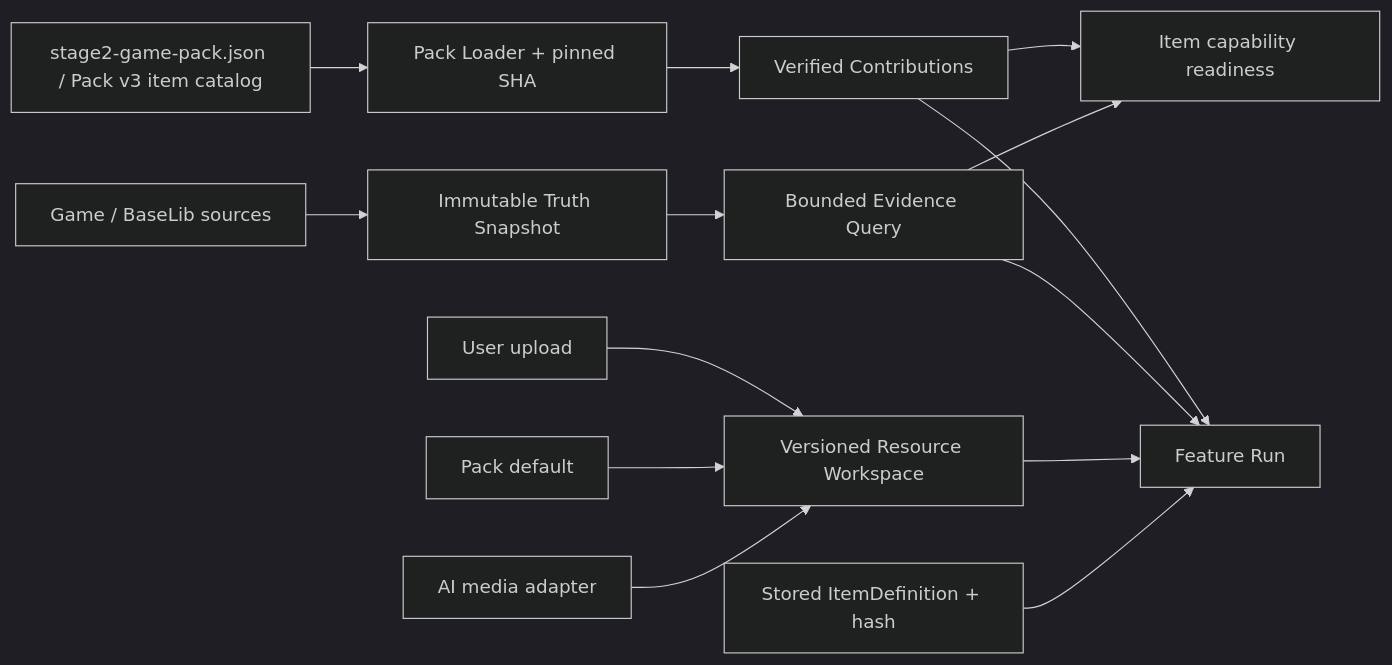
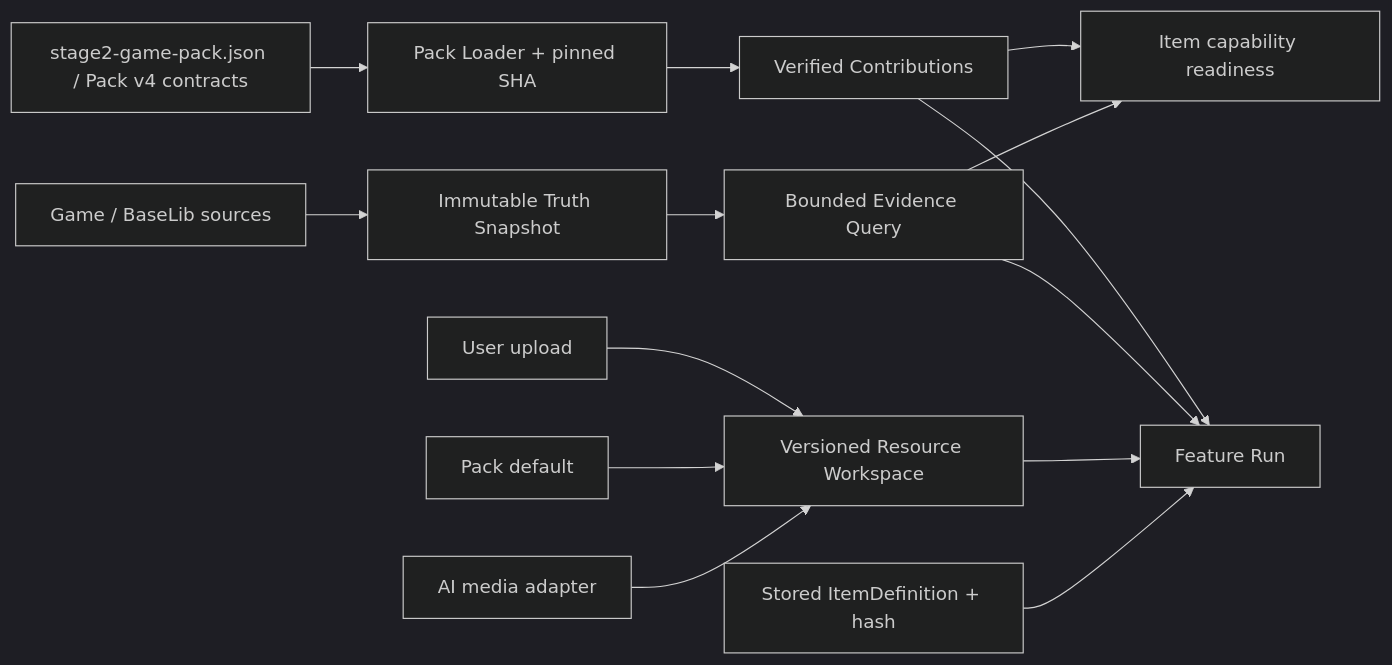
One commit to Frashmeat/AgentForSTS2 changed the second of 3 diagrams in docs/01-总览/项目架构总览.md. Above: the diagram before and after it, drawn with Mermaid (dark theme). The commit also changed other lines of this file and 32 other files, not shown here.

Commit message:
feat(pack): establish character composition contracts

````diff
--- a/docs/01-总览/项目架构总览.md
+++ b/docs/01-总览/项目架构总览.md
@@ -116,16 +116,16 @@
 ```mermaid
 flowchart LR
-    PackFile[stage2-game-pack.json / Pack v3 item catalog] --> Loader[Pack Loader + pinned SHA]
+    PackFile[stage2-game-pack.json / Pack v4 contracts] --> Loader[Pack Loader + pinned SHA]
     Loader --> Contributions[Verified Contributions]
     Source[Game / BaseLib sources] --> Snapshot[Immutable Truth Snapshot]
     Snapshot --> Evidence[Bounded Evidence Query]
     Contributions --> Readiness[Item capability readiness]
     Evidence --> Readiness
     Upload[User upload] --> Resource[Versioned Resource Workspace]
     PackDefault[Pack default] --> Resource
     AI[AI media adapter] --> Resource
     Contributions --> Feature[Feature Run]
     Evidence --> Feature
     Resource --> Feature
     Item[Stored ItemDefinition + hash] --> Feature
 ```
````
